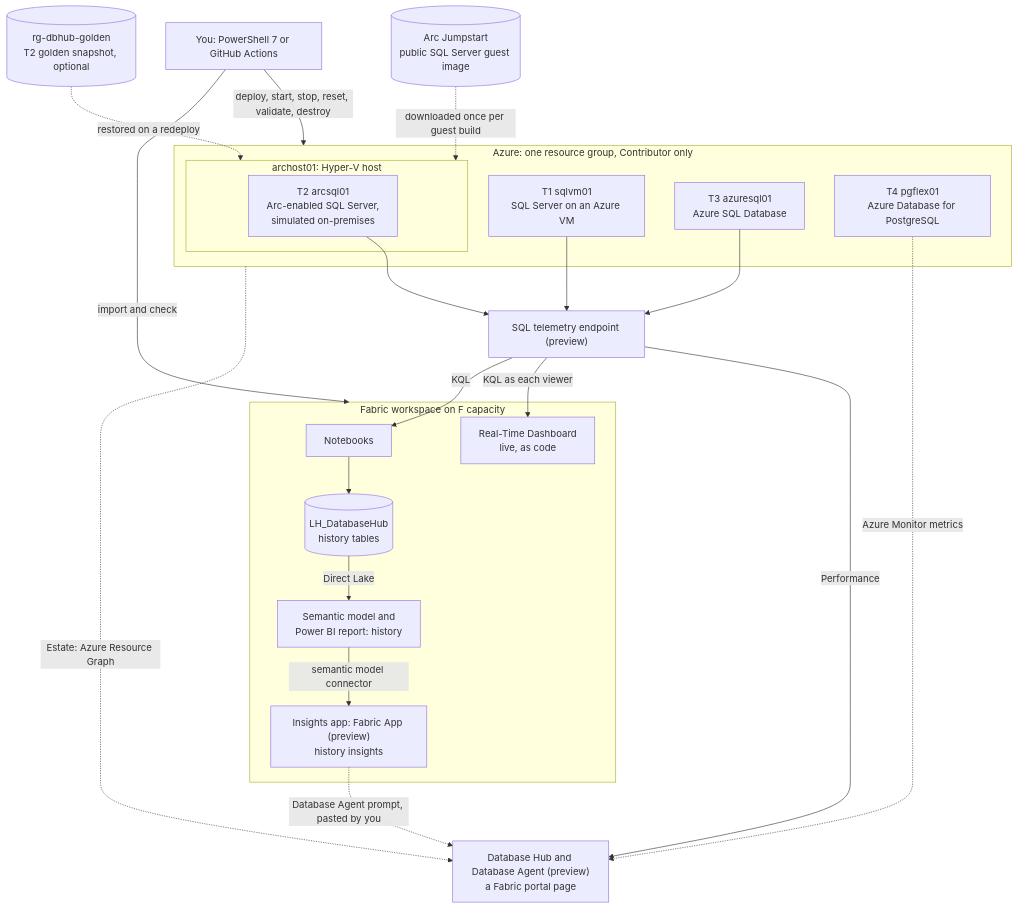
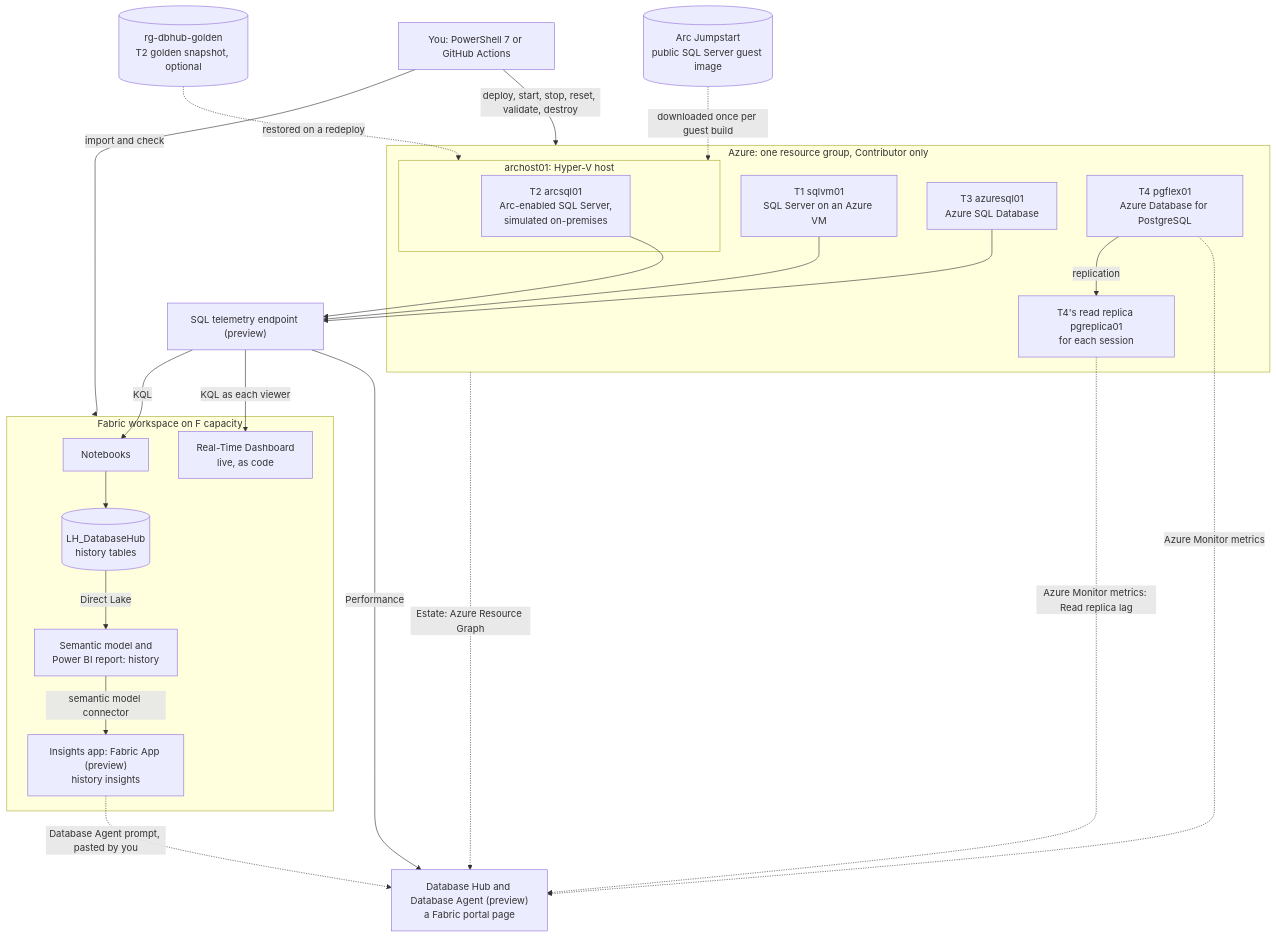
Before and after one commit to MarcBushong/fabric-database-hub-demo: the diagram in README.md, drawn with Mermaid. The commit also changed other lines of this file and 12 other files, not shown here.

First line of the commit message:
Document T4's read replica (ADR 0025)

````diff
--- a/README.md
+++ b/README.md
@@ -29,39 +30,42 @@
 ```mermaid
 flowchart TB
   OP["You: PowerShell 7 or GitHub Actions"]
   subgraph RG["Azure: one resource group, Contributor only"]
     T1["T1 sqlvm01<br/>SQL Server on an Azure VM"]
     subgraph HOST["archost01: Hyper-V host"]
       T2["T2 arcsql01<br/>Arc-enabled SQL Server,<br/>simulated on-premises"]
     end
     T3["T3 azuresql01<br/>Azure SQL Database"]
     T4["T4 pgflex01<br/>Azure Database for PostgreSQL"]
+    T4R["T4's read replica pgreplica01<br/>for each session"]
   end
   GOLD[("rg-dbhub-golden<br/>T2 golden snapshot, optional")]
   JS[("Arc Jumpstart<br/>public SQL Server guest image")]
   TEL["SQL telemetry endpoint (preview)"]
   HUB["Database Hub and Database Agent (preview)<br/>a Fabric portal page"]
   subgraph WS["Fabric workspace on F capacity"]
     NB["Notebooks"]
     LH[("LH_DatabaseHub<br/>history tables")]
     RTD["Real-Time Dashboard<br/>live, as code"]
     PBI["Semantic model and<br/>Power BI report: history"]
     APP["Insights app: Fabric App (preview)<br/>history insights"]
   end
   OP -- "deploy, start, stop, reset, validate, destroy" --> RG
   OP -- "import and check" --> WS
   JS -. "downloaded once per guest build" .-> HOST
   GOLD -. "restored on a redeploy" .-> HOST
   T1 --> TEL
   T2 --> TEL
   T3 --> TEL
   RG -. "Estate: Azure Resource Graph" .-> HUB
   TEL -- "Performance" --> HUB
   T4 -. "Azure Monitor metrics" .-> HUB
+  T4 -- "replication" --> T4R
+  T4R -. "Azure Monitor metrics: Read replica lag" .-> HUB
   TEL -- "KQL as each viewer" --> RTD
   TEL -- "KQL" --> NB
   NB --> LH
   LH -- "Direct Lake" --> PBI
   PBI -- "semantic model connector" --> APP
   APP -. "Database Agent prompt, pasted by you" .-> HUB
 ```
````
